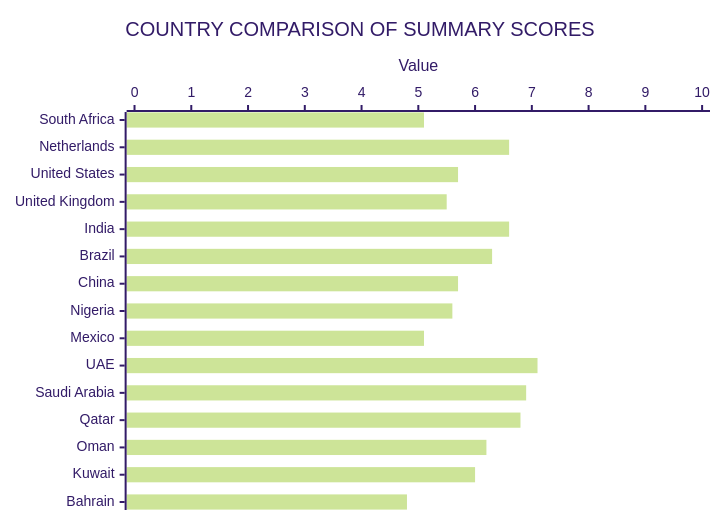
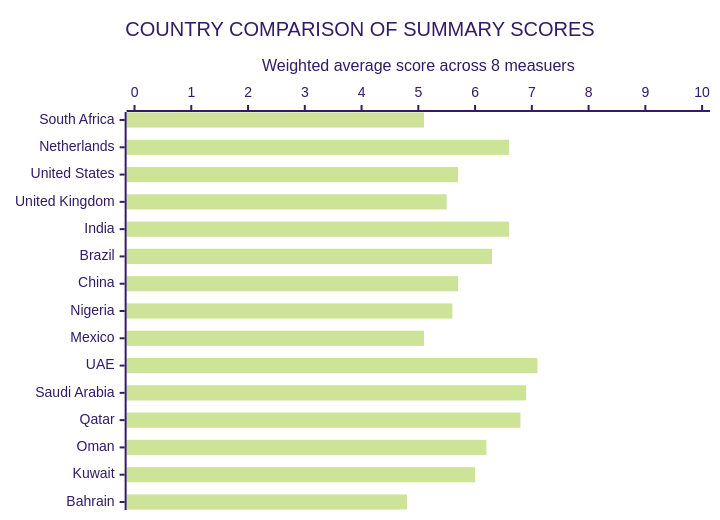
One commit to Tellusant/docs changed the second of 2 diagrams in articles-posts/economic-sentiment-zaf.md. Above: the diagram before and after it, drawn with Mermaid (forest theme).

```diff
--- a/articles-posts/economic-sentiment-zaf.md
+++ b/articles-posts/economic-sentiment-zaf.md
@@ -59,9 +59,9 @@
 <div class="mermaid">
 
 xychart-beta horizontal
     title "COUNTRY COMPARISON OF SUMMARY SCORES"
     x-axis ["South Africa", "Netherlands", "United States", "United Kingdom", "India", "Brazil", "China", "Nigeria", "Mexico", "UAE","Saudi Arabia","Qatar","Oman","Kuwait","Bahrain"]
-    y-axis "Value" 0 --> 10
+    y-axis "Weighted average score across 8 measuers" 0 --> 10
     bar [5.1,6.6, 5.7, 5.5, 6.6, 6.3, 5.7, 5.6, 5.1, 7.1, 6.9, 6.8, 6.2, 6.0, 4.8]
     
 </div>
```
